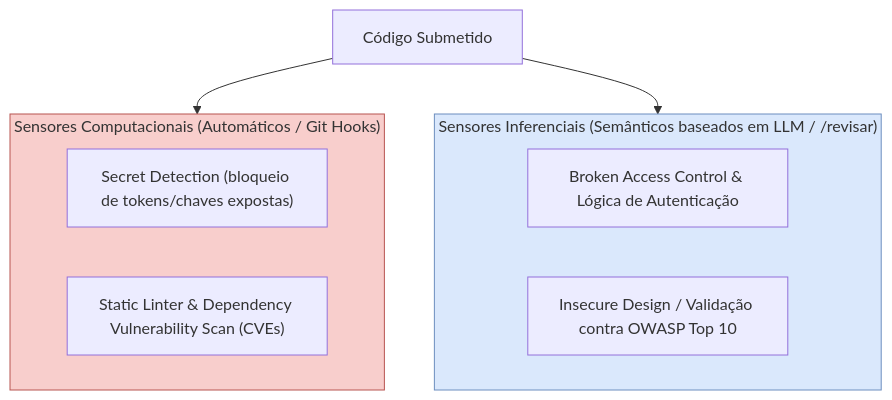
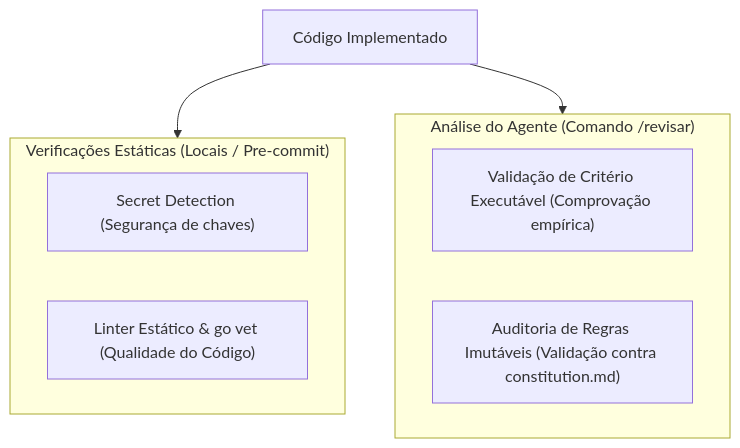
The fifth of 6 diagrams in docs/arquitetura-e-fluxo-forge-sdd.md (nathanramorim/forge-sdd), drawn with Mermaid before and after one commit. The commit also changed other lines of this file, not shown here.

Commit message:
docs: refactor architecture documentation to use native forge-sdd terminology and remove references to external frameworks

````diff
--- a/docs/arquitetura-e-fluxo-forge-sdd.md
+++ b/docs/arquitetura-e-fluxo-forge-sdd.md
@@ -194,18 +194,15 @@
 ```mermaid
 graph TD
-    subgraph SensoresComputacionais["Sensores Computacionais (Automáticos / Git Hooks)"]
-        C1["Secret Detection (bloqueio de tokens/chaves expostas)"]
-        C2["Static Linter & Dependency Vulnerability Scan (CVEs)"]
+    subgraph VerificacoesEstaticas["Verificações Estáticas (Locais / Pre-commit)"]
+        C1["Secret Detection (Segurança de chaves)"]
+        C2["Linter Estático & go vet (Qualidade do Código)"]
     end
     
-    subgraph SensoresInferenciais["Sensores Inferenciais (Semânticos baseados em LLM / /revisar)"]
-        I1["Broken Access Control & Lógica de Autenticação"]
-        I2["Insecure Design / Validação contra OWASP Top 10"]
+    subgraph AnaliseDoAgente["Análise do Agente (Comando /revisar)"]
+        I1["Validação de Critério Executável (Comprovação empírica)"]
+        I2["Auditoria de Regras Imutáveis (Validação contra constitution.md)"]
     end
     
-    Code["Código Submetido"] --> SensoresComputacionais
-    Code --> SensoresInferenciais
-    
-    style SensoresComputacionais fill:#f8cecc,stroke:#b85450,stroke-width:1px
-    style SensoresInferenciais fill:#dae8fc,stroke:#6c8ebf,stroke-width:1px
+    Code["Código Implementado"] --> VerificacoesEstaticas
+    Code --> AnaliseDoAgente
 ```
````
